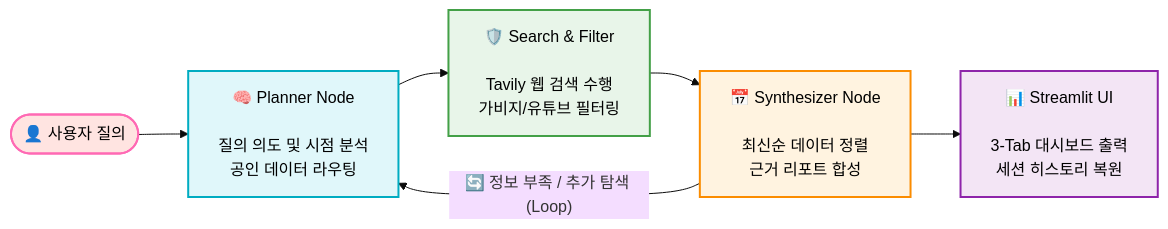
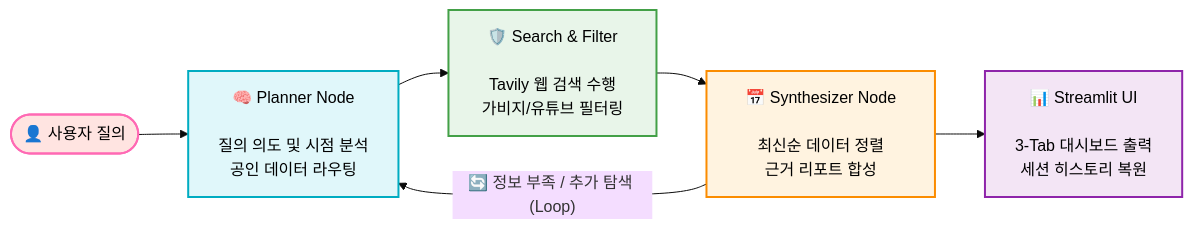
Before and after one commit to sbg990530/Document-Agent: the diagram in README.md, drawn with Mermaid (base theme).

````diff
--- a/README.md
+++ b/README.md
@@ -19,39 +19,39 @@
 ```mermaid
 graph LR
     classDef userStyle fill:#FFE4E1,stroke:#FF69B4,stroke-width:2px,color:#000;
     classDef plannerStyle fill:#E0F7FA,stroke:#00ACC1,stroke-width:2px,color:#000;
     classDef filterStyle fill:#E8F5E9,stroke:#43A047,stroke-width:2px,color:#000;
     classDef synthStyle fill:#FFF3E0,stroke:#FB8C00,stroke-width:2px,color:#000;
     classDef uiStyle fill:#F3E5F5,stroke:#8E24AA,stroke-width:2px,color:#000;
 
     A([👤 사용자 질의]):::userStyle 
     
-    B["🧠 Planner Node
+    B["&nbsp;&nbsp;🧠 Planner Node&nbsp;&nbsp;
     
     질의 의도 및 시점 분석
     공인 데이터 라우팅"]:::plannerStyle
     
-    C["🛡️ Search & Filter
+    C["&nbsp;&nbsp;🛡️ Search & Filter&nbsp;&nbsp;
     
     Tavily 웹 검색 수행
     가비지/유튜브 필터링"]:::filterStyle
     
-    D["📅 Synthesizer Node
+    D["&nbsp;&nbsp;📅 Synthesizer Node&nbsp;&nbsp;
     
     최신순 데이터 정렬
     근거 리포트 합성"]:::synthStyle
     
-    E["📊 Streamlit UI
+    E["&nbsp;&nbsp;📊 Streamlit UI&nbsp;&nbsp;
     
     3-Tab 대시보드 출력
     세션 히스토리 복원"]:::uiStyle
 
     %% 정방향 파이프라인 흐름
     A --> B
     B --> C
     C --> D
     D --> E
     
     %% LangGraph 피드백 루프
     D -- "🔄 정보 부족 / 추가 탐색 (Loop)" --> B
 ```
````
